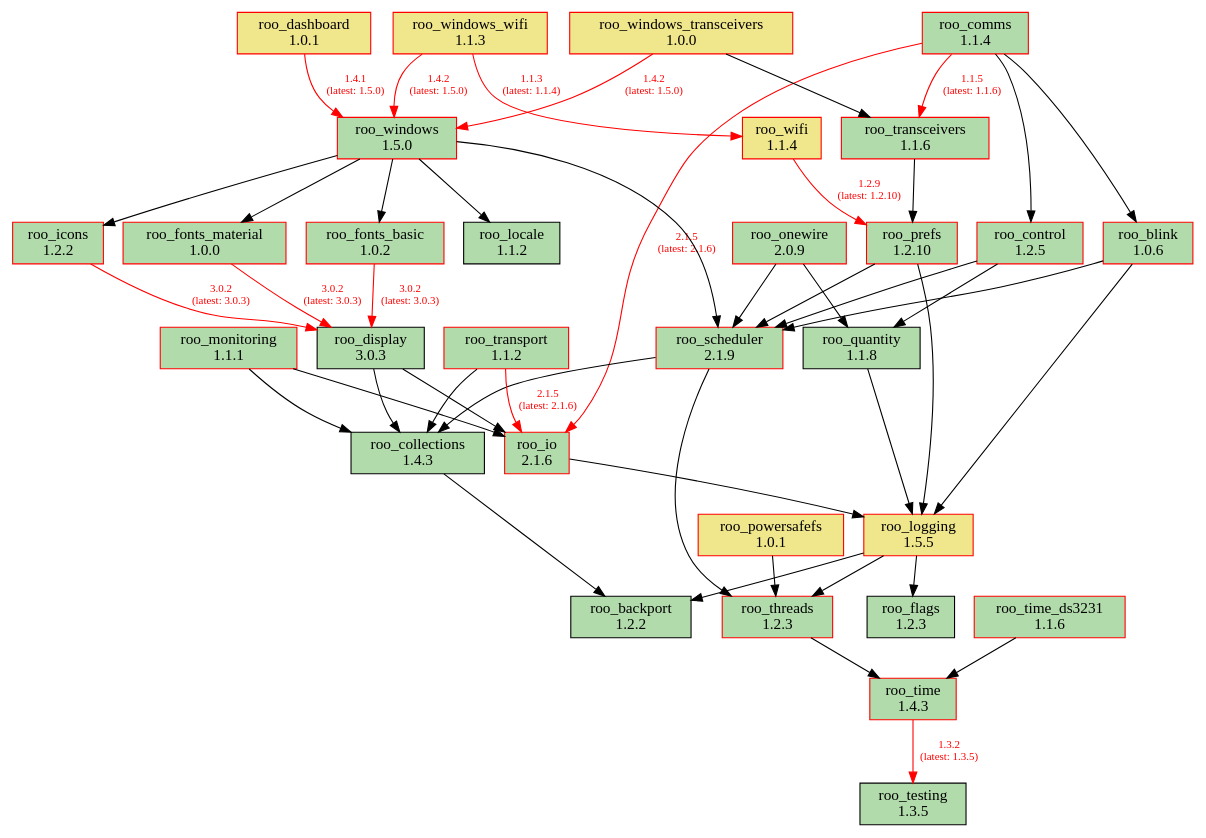
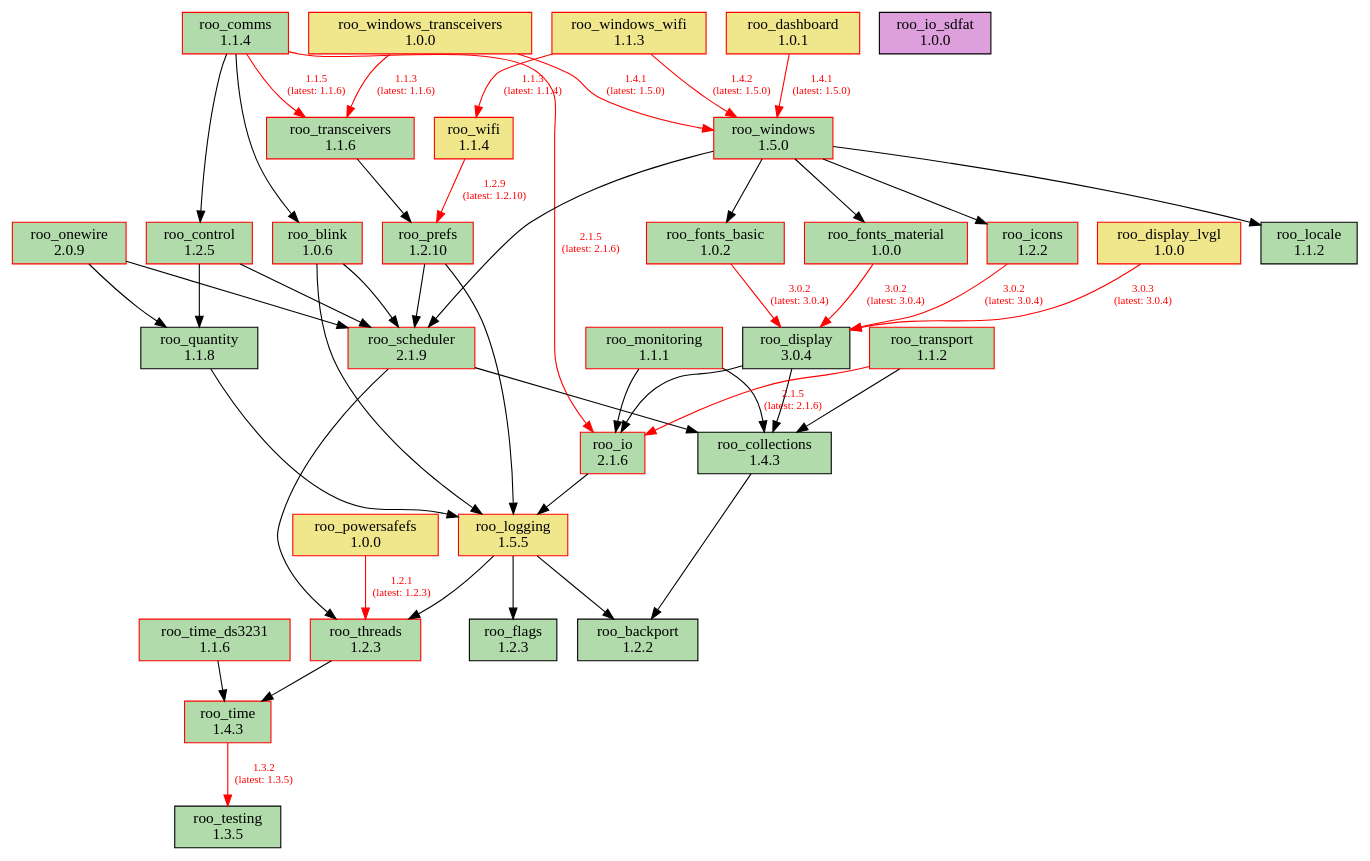
The diagram in doc/dependencies.dot (dejwk/roo-registry), drawn with Graphviz before and after one commit. The commit also changed 3 other files, not shown here.

Commit message:
Added roo_display 3.0.4 to the registry.

```diff
--- a/doc/dependencies.dot
+++ b/doc/dependencies.dot
@@ -1,84 +1,87 @@
 digraph dependencies {
     rankdir=TB;
     node [shape=box, style=filled];
     edge [fontsize=10];
 
     // Modules
     "roo_backport" [label="roo_backport\n1.2.2", fillcolor="#b1dbab", color="black"];
     "roo_blink" [label="roo_blink\n1.0.6", fillcolor="#b1dbab", color="red"];
     "roo_collections" [label="roo_collections\n1.4.3", fillcolor="#b1dbab", color="black"];
     "roo_comms" [label="roo_comms\n1.1.4", fillcolor="#b1dbab", color="red"];
     "roo_control" [label="roo_control\n1.2.5", fillcolor="#b1dbab", color="red"];
     "roo_dashboard" [label="roo_dashboard\n1.0.1", fillcolor="khaki", color="red"];
-    "roo_display" [label="roo_display\n3.0.3", fillcolor="#b1dbab", color="black"];
+    "roo_display" [label="roo_display\n3.0.4", fillcolor="#b1dbab", color="black"];
+    "roo_display_lvgl" [label="roo_display_lvgl\n1.0.0", fillcolor="khaki", color="red"];
     "roo_flags" [label="roo_flags\n1.2.3", fillcolor="#b1dbab", color="black"];
     "roo_fonts_basic" [label="roo_fonts_basic\n1.0.2", fillcolor="#b1dbab", color="red"];
     "roo_fonts_material" [label="roo_fonts_material\n1.0.0", fillcolor="#b1dbab", color="red"];
     "roo_icons" [label="roo_icons\n1.2.2", fillcolor="#b1dbab", color="red"];
     "roo_io" [label="roo_io\n2.1.6", fillcolor="#b1dbab", color="red"];
+    "roo_io_sdfat" [label="roo_io_sdfat\n1.0.0", fillcolor="plum", color="black"];
     "roo_locale" [label="roo_locale\n1.1.2", fillcolor="#b1dbab", color="black"];
     "roo_logging" [label="roo_logging\n1.5.5", fillcolor="khaki", color="red"];
     "roo_monitoring" [label="roo_monitoring\n1.1.1", fillcolor="#b1dbab", color="red"];
     "roo_onewire" [label="roo_onewire\n2.0.9", fillcolor="#b1dbab", color="red"];
-    "roo_powersafefs" [label="roo_powersafefs\n1.0.1", fillcolor="khaki", color="red"];
+    "roo_powersafefs" [label="roo_powersafefs\n1.0.0", fillcolor="khaki", color="red"];
     "roo_prefs" [label="roo_prefs\n1.2.10", fillcolor="#b1dbab", color="red"];
     "roo_quantity" [label="roo_quantity\n1.1.8", fillcolor="#b1dbab", color="black"];
     "roo_scheduler" [label="roo_scheduler\n2.1.9", fillcolor="#b1dbab", color="red"];
     "roo_testing" [label="roo_testing\n1.3.5", fillcolor="#b1dbab", color="black"];
     "roo_threads" [label="roo_threads\n1.2.3", fillcolor="#b1dbab", color="red"];
     "roo_time" [label="roo_time\n1.4.3", fillcolor="#b1dbab", color="red"];
     "roo_time_ds3231" [label="roo_time_ds3231\n1.1.6", fillcolor="#b1dbab", color="red"];
     "roo_transceivers" [label="roo_transceivers\n1.1.6", fillcolor="#b1dbab", color="red"];
     "roo_transport" [label="roo_transport\n1.1.2", fillcolor="#b1dbab", color="red"];
     "roo_wifi" [label="roo_wifi\n1.1.4", fillcolor="khaki", color="red"];
     "roo_windows" [label="roo_windows\n1.5.0", fillcolor="#b1dbab", color="red"];
     "roo_windows_transceivers" [label="roo_windows_transceivers\n1.0.0", fillcolor="khaki", color="red"];
     "roo_windows_wifi" [label="roo_windows_wifi\n1.1.3", fillcolor="khaki", color="red"];
 
     // Dependencies
     "roo_blink" -> "roo_logging";
     "roo_blink" -> "roo_scheduler";
     "roo_collections" -> "roo_backport";
     "roo_comms" -> "roo_blink";
     "roo_comms" -> "roo_control";
     "roo_comms" -> "roo_io" [color=red, fontcolor=red, label="2.1.5\n(latest: 2.1.6)"];
     "roo_comms" -> "roo_transceivers" [color=red, fontcolor=red, label="1.1.5\n(latest: 1.1.6)"];
     "roo_control" -> "roo_quantity";
     "roo_control" -> "roo_scheduler";
     "roo_dashboard" -> "roo_windows" [color=red, fontcolor=red, label="1.4.1\n(latest: 1.5.0)"];
     "roo_display" -> "roo_collections";
     "roo_display" -> "roo_io";
-    "roo_fonts_basic" -> "roo_display" [color=red, fontcolor=red, label="3.0.2\n(latest: 3.0.3)"];
-    "roo_fonts_material" -> "roo_display" [color=red, fontcolor=red, label="3.0.2\n(latest: 3.0.3)"];
-    "roo_icons" -> "roo_display" [color=red, fontcolor=red, label="3.0.2\n(latest: 3.0.3)"];
+    "roo_display_lvgl" -> "roo_display" [color=red, fontcolor=red, label="3.0.3\n(latest: 3.0.4)"];
+    "roo_fonts_basic" -> "roo_display" [color=red, fontcolor=red, label="3.0.2\n(latest: 3.0.4)"];
+    "roo_fonts_material" -> "roo_display" [color=red, fontcolor=red, label="3.0.2\n(latest: 3.0.4)"];
+    "roo_icons" -> "roo_display" [color=red, fontcolor=red, label="3.0.2\n(latest: 3.0.4)"];
     "roo_io" -> "roo_logging";
     "roo_logging" -> "roo_backport";
     "roo_logging" -> "roo_flags";
     "roo_logging" -> "roo_threads";
     "roo_monitoring" -> "roo_collections";
     "roo_monitoring" -> "roo_io";
     "roo_onewire" -> "roo_scheduler";
     "roo_onewire" -> "roo_quantity";
-    "roo_powersafefs" -> "roo_threads";
+    "roo_powersafefs" -> "roo_threads" [color=red, fontcolor=red, label="1.2.1\n(latest: 1.2.3)"];
     "roo_prefs" -> "roo_logging";
     "roo_prefs" -> "roo_scheduler";
     "roo_quantity" -> "roo_logging";
     "roo_scheduler" -> "roo_collections";
     "roo_scheduler" -> "roo_threads";
     "roo_threads" -> "roo_time";
     "roo_time" -> "roo_testing" [color=red, fontcolor=red, label="1.3.2\n(latest: 1.3.5)"];
     "roo_time_ds3231" -> "roo_time";
     "roo_transceivers" -> "roo_prefs";
     "roo_transport" -> "roo_collections";
     "roo_transport" -> "roo_io" [color=red, fontcolor=red, label="2.1.5\n(latest: 2.1.6)"];
     "roo_wifi" -> "roo_prefs" [color=red, fontcolor=red, label="1.2.9\n(latest: 1.2.10)"];
     "roo_windows" -> "roo_fonts_basic";
     "roo_windows" -> "roo_fonts_material";
     "roo_windows" -> "roo_locale";
     "roo_windows" -> "roo_icons";
     "roo_windows" -> "roo_scheduler";
-    "roo_windows_transceivers" -> "roo_transceivers";
-    "roo_windows_transceivers" -> "roo_windows" [color=red, fontcolor=red, label="1.4.2\n(latest: 1.5.0)"];
+    "roo_windows_transceivers" -> "roo_transceivers" [color=red, fontcolor=red, label="1.1.3\n(latest: 1.1.6)"];
+    "roo_windows_transceivers" -> "roo_windows" [color=red, fontcolor=red, label="1.4.1\n(latest: 1.5.0)"];
     "roo_windows_wifi" -> "roo_wifi" [color=red, fontcolor=red, label="1.1.3\n(latest: 1.1.4)"];
     "roo_windows_wifi" -> "roo_windows" [color=red, fontcolor=red, label="1.4.2\n(latest: 1.5.0)"];
 }
```
